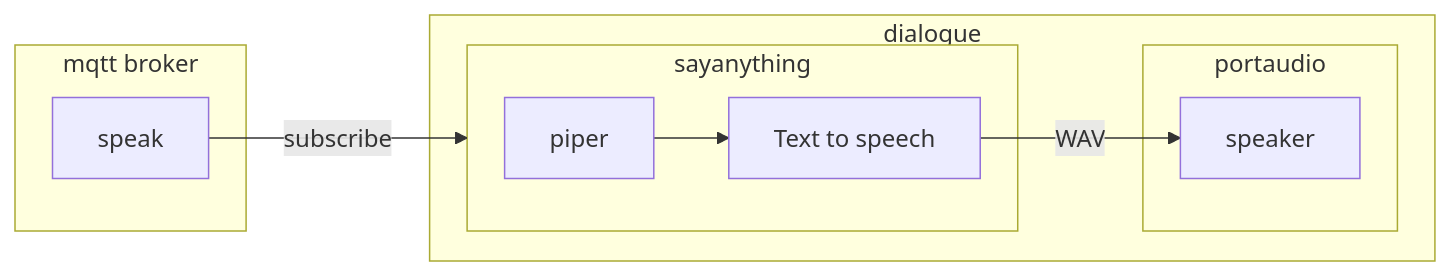
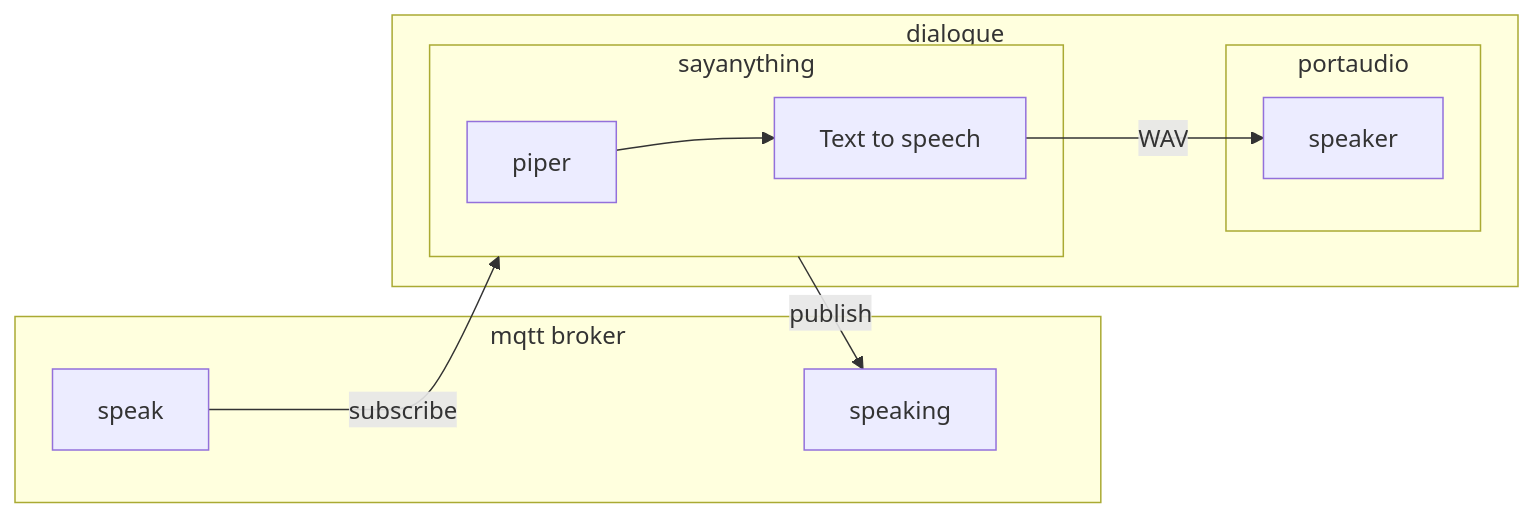
The fifth of 6 diagrams in README.md (deadprogram/talkingheads), drawn with Mermaid before and after one commit. The commit also changed other lines of this file and 14 other files, not shown here.

````diff
--- a/README.md
+++ b/README.md
@@ -111,15 +116,17 @@
 ```mermaid
 flowchart LR
 subgraph mqtt broker
     speak
+    speaking
 end
 subgraph dialogue
     speak-- subscribe -->sayanything
     subgraph sayanything
         piper-->tts[Text to speech]
     end
     subgraph portaudio
         tts-- WAV -->speaker
     end
+    sayanything-- publish -->speaking
 end
 ```
````
